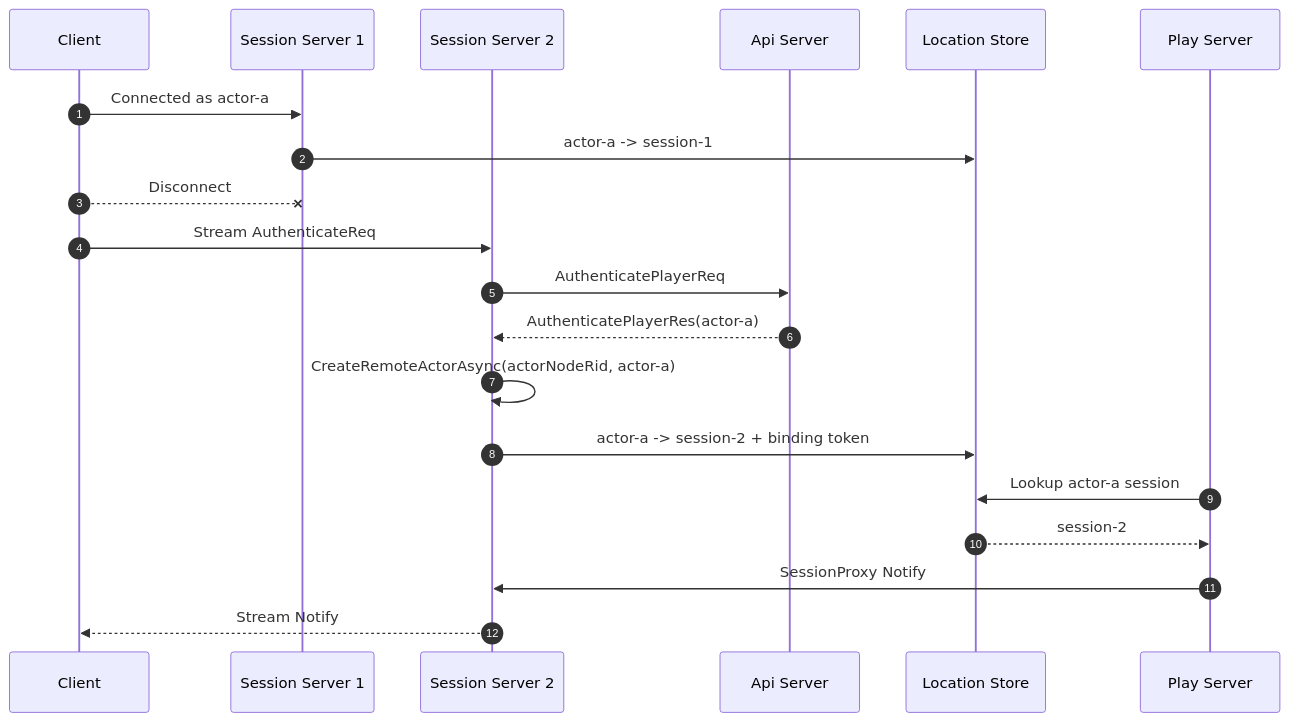
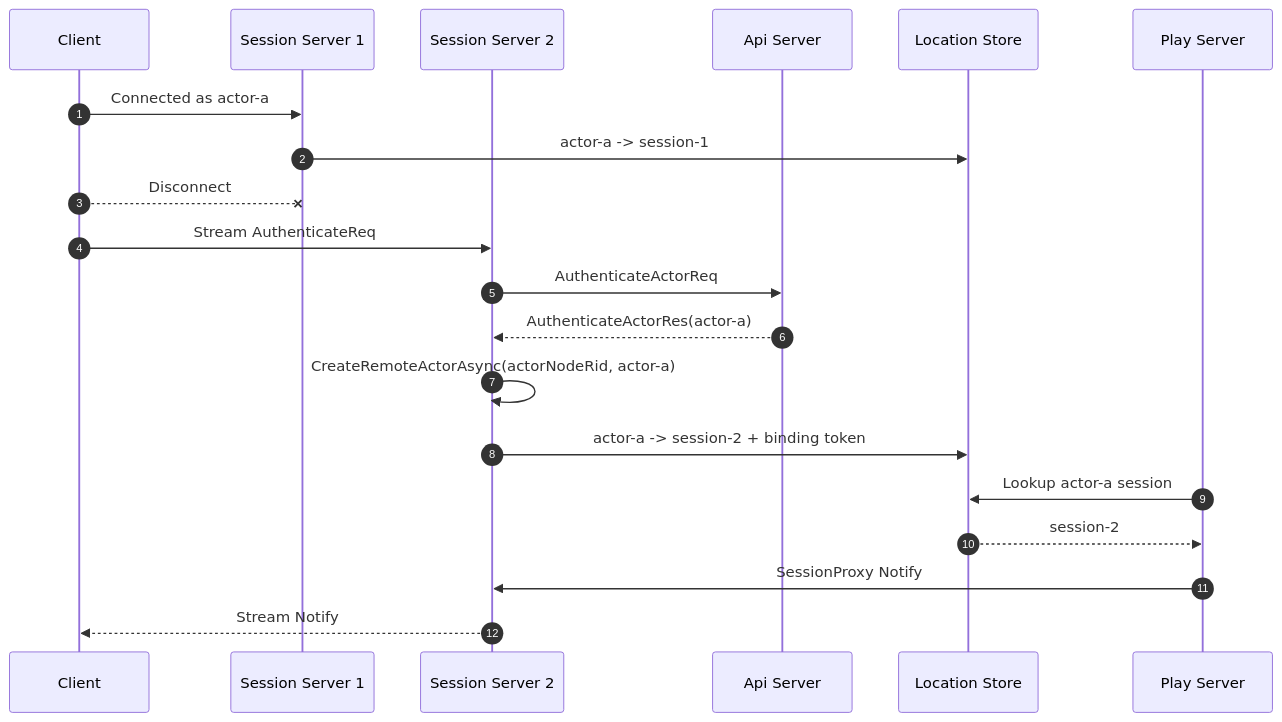
One commit to kairos-code-dev/zlink changed the sixth of 7 diagrams in framework/doc/spec/sample/tictactoe/session-gateway.ko.md. Above: the diagram before and after it, drawn with Mermaid. The commit also changed other lines of this file and 138 other files, not shown here.

````diff
--- a/framework/doc/spec/sample/tictactoe/session-gateway.ko.md
+++ b/framework/doc/spec/sample/tictactoe/session-gateway.ko.md
@@ -322,23 +330,23 @@
 ```mermaid
 sequenceDiagram
     autonumber
     participant C as Client
     participant S1 as Session Server 1
     participant S2 as Session Server 2
     participant API as Api Server
     participant STORE as Location Store
     participant P as Play Server
 
     C->>S1: Connected as actor-a
     S1->>STORE: actor-a -> session-1
     C--xS1: Disconnect
     C->>S2: Stream AuthenticateReq
-    S2->>API: AuthenticatePlayerReq
-    API-->>S2: AuthenticatePlayerRes(actor-a)
+    S2->>API: AuthenticateActorReq
+    API-->>S2: AuthenticateActorRes(actor-a)
     S2->>S2: CreateRemoteActorAsync(actorNodeRid, actor-a)
     S2->>STORE: actor-a -> session-2 + binding token
     P->>STORE: Lookup actor-a session
     STORE-->>P: session-2
     P->>S2: SessionProxy Notify
     S2-->>C: Stream Notify
 ```
````
